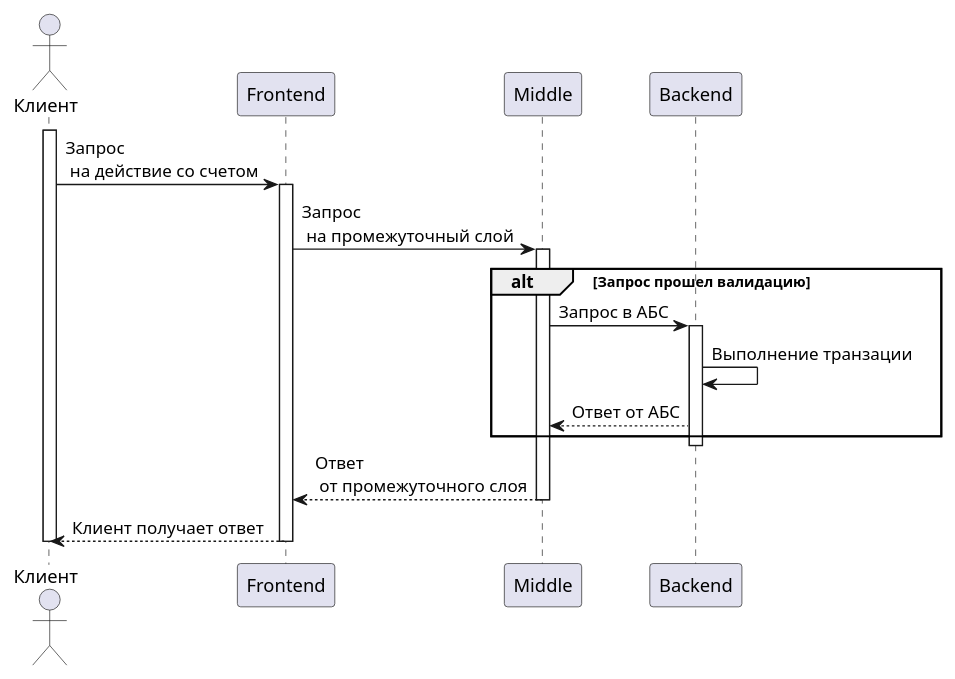
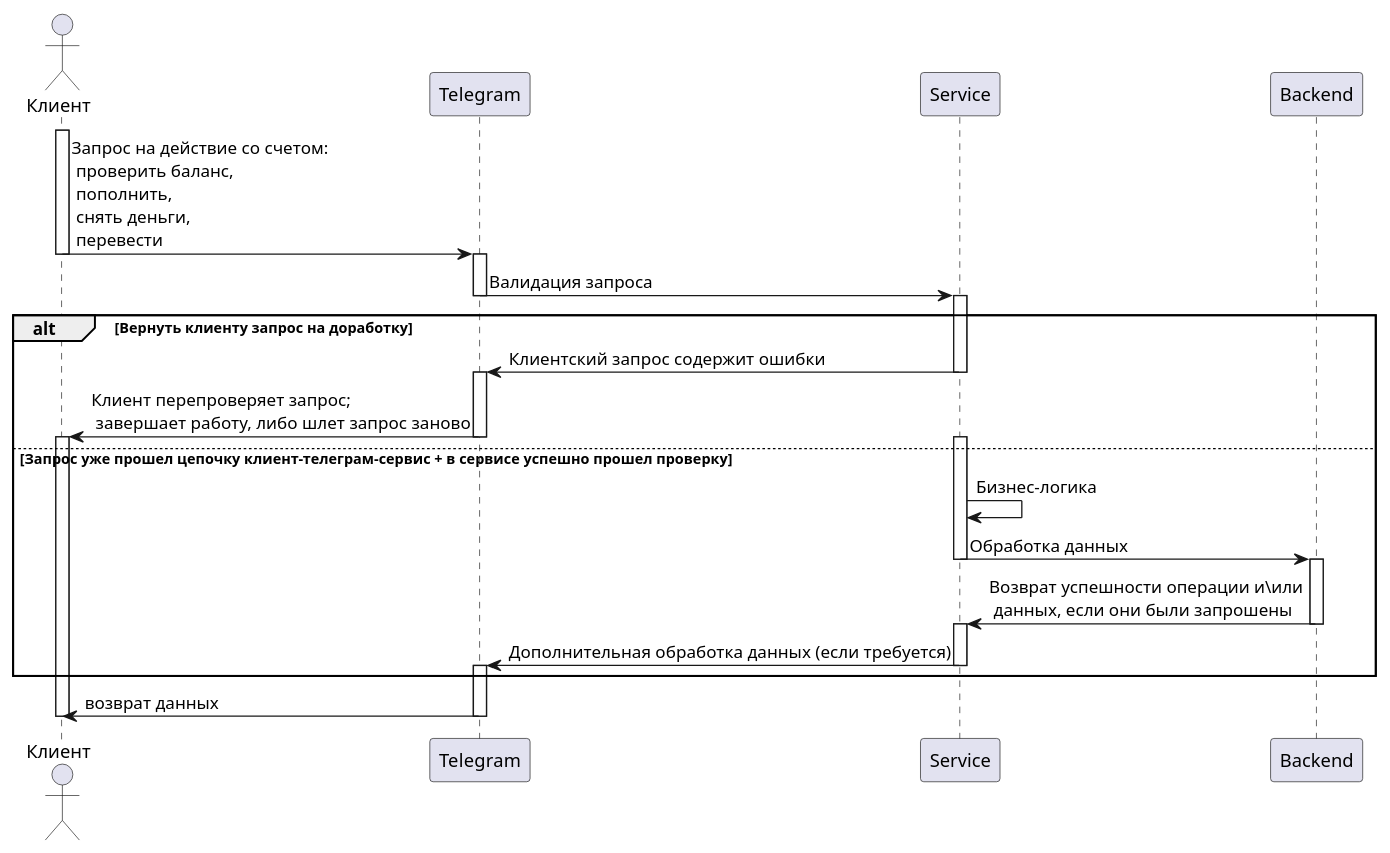
One commit to gpb-it-factory/khasmamedov-telergam-bot changed the diagram in README.md. Above: the diagram before and after it, drawn with PlantUML. The commit also changed other lines of this file and 10 other files, not shown here.

````diff
--- a/README.md
+++ b/README.md
@@ -70,25 +34,40 @@
 ```plantuml
 @startUML
 actor Клиент
-participant Frontend
-participant Middle
+participant Telegram
+participant Service
 participant Backend
+
 activate Клиент
-Клиент -> Frontend : Запрос \n на действие со счетом
-activate Frontend
-Frontend -> Middle : Запрос \n на промежуточный слой 
-activate Middle 
-alt Запрос прошел валидацию
-Middle -> Backend: Запрос в АБС
-activate Backend
-Backend -> Backend: Выполнение транзации
-Backend --> Middle: Ответ от АБС
-end
-deactivate Backend
-Middle --> Frontend  : Ответ \n от промежуточного слоя
-deactivate Middle 
-Frontend --> Клиент : Клиент получает ответ
-deactivate Frontend
+Клиент -> Telegram: Запрос на действие со счетом:\n проверить баланс,\n пополнить,\n снять деньги,\n перевести
+deactivate Клиент
+activate Telegram
+Telegram -> Service: Валидация запроса
+deactivate Telegram
+activate Service
+alt Вернуть клиенту запрос на доработку 
+    Service -> Telegram: Клиентский запрос содержит ошибки
+    deactivate Service
+    activate Telegram
+    Telegram -> Клиент: Клиент перепроверяет запрос;\n завершает работу, либо шлет запрос заново
+    deactivate Telegram
+    activate Клиент
+    deactivate Клиент
+else Запрос уже прошел цепочку клиент-телеграм-сервис + в сервисе успешно прошел проверку
+    activate Service
+    Service -> Service: Бизнес-логика
+    Service -> Backend: Обработка данных
+    deactivate Service
+    activate Backend 
+    Backend -> Service: Возврат успешности операции и\или \n данных, если они были запрошены
+    deactivate Backend 
+    activate Service
+    Service -> Telegram: Дополнительная обработка данных (если требуется)
+    deactivate Service
+    activate Telegram
+end    
+Telegram -> Клиент: возврат данных
+deactivate Telegram
 deactivate Клиент
 @endUML
 ```
````
